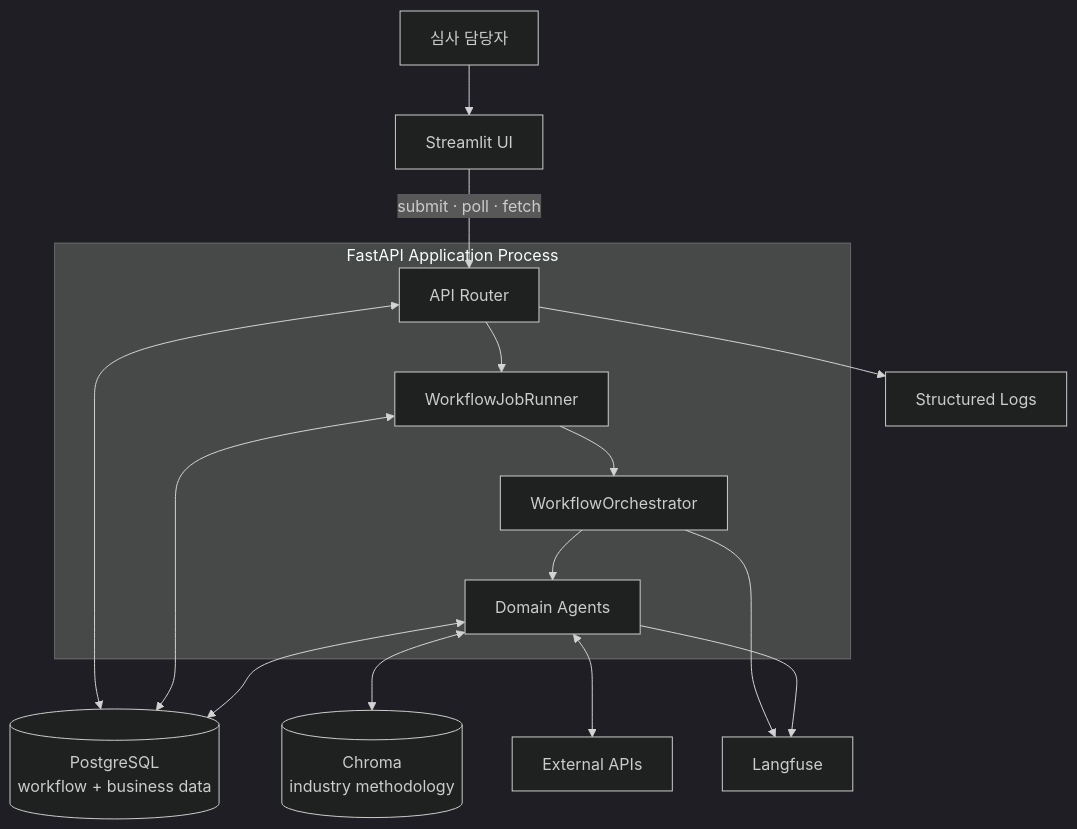
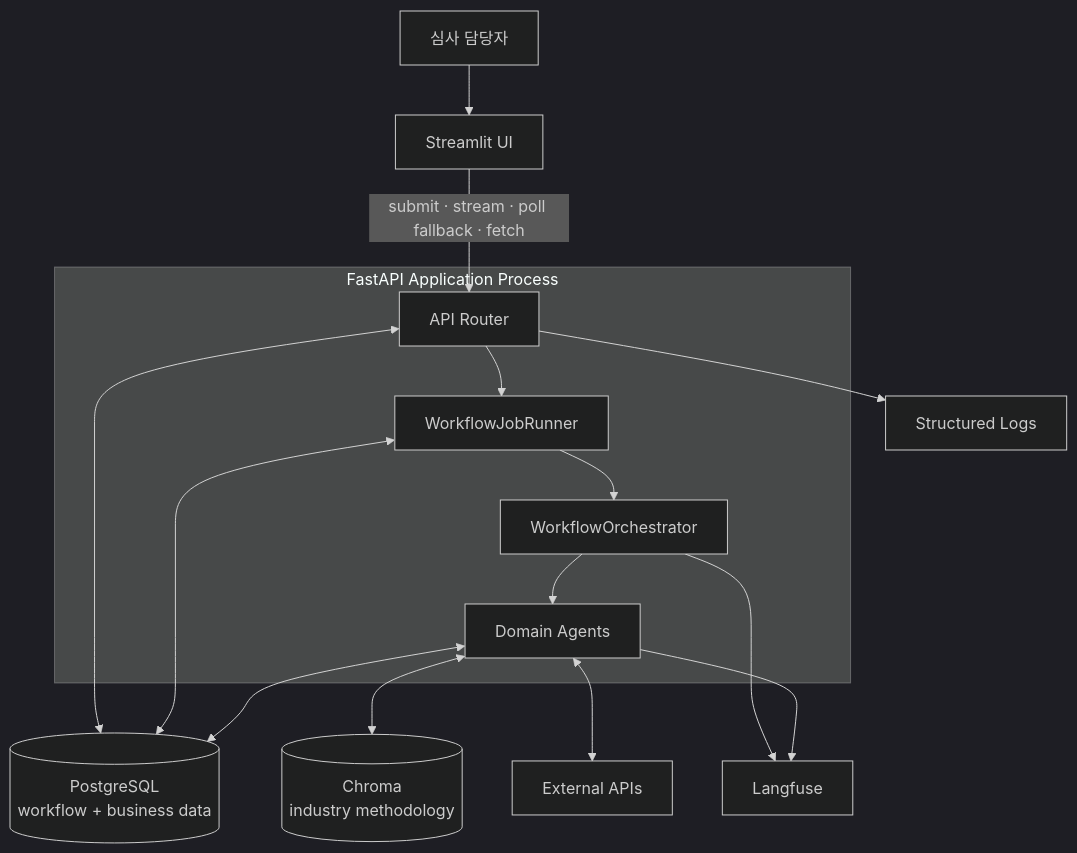
The first of 2 diagrams in docs/design/component-design.md (hypoxisaurea/FinAgent-SME), drawn with Mermaid (dark theme) before and after one commit. The commit also changed other lines of this file and 6 other files, not shown here.

Commit message:
docs: update workflow diagrams and API docs for SSE stream

````diff
--- a/docs/design/component-design.md
+++ b/docs/design/component-design.md
@@ -14,23 +14,23 @@
 ```mermaid
 flowchart TB
     User[심사 담당자] --> UI[Streamlit UI]
 
     subgraph App[FastAPI Application Process]
         API[API Router]
         Runner[WorkflowJobRunner]
         ORCH[WorkflowOrchestrator]
         AGENTS[Domain Agents]
         API --> Runner
         Runner --> ORCH --> AGENTS
     end
 
-    UI -->|submit · poll · fetch| API
+    UI -->|submit · stream · poll fallback · fetch| API
     API <--> DATA[(PostgreSQL\nworkflow + business data)]
     Runner <--> DATA
     AGENTS <--> DATA
     AGENTS <--> VECTOR[(Chroma\nindustry methodology)]
     AGENTS <--> EXT[External APIs]
     API --> OBS[Structured Logs]
     ORCH --> LF[Langfuse]
     AGENTS --> LF
 ```
````
